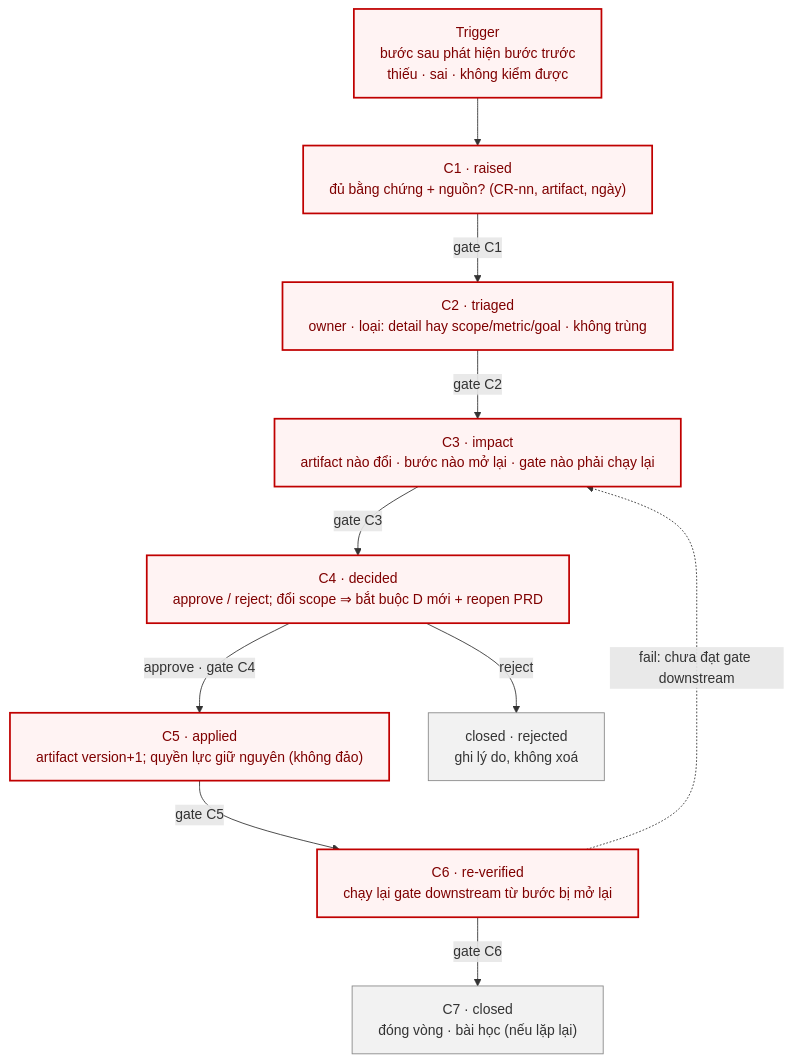
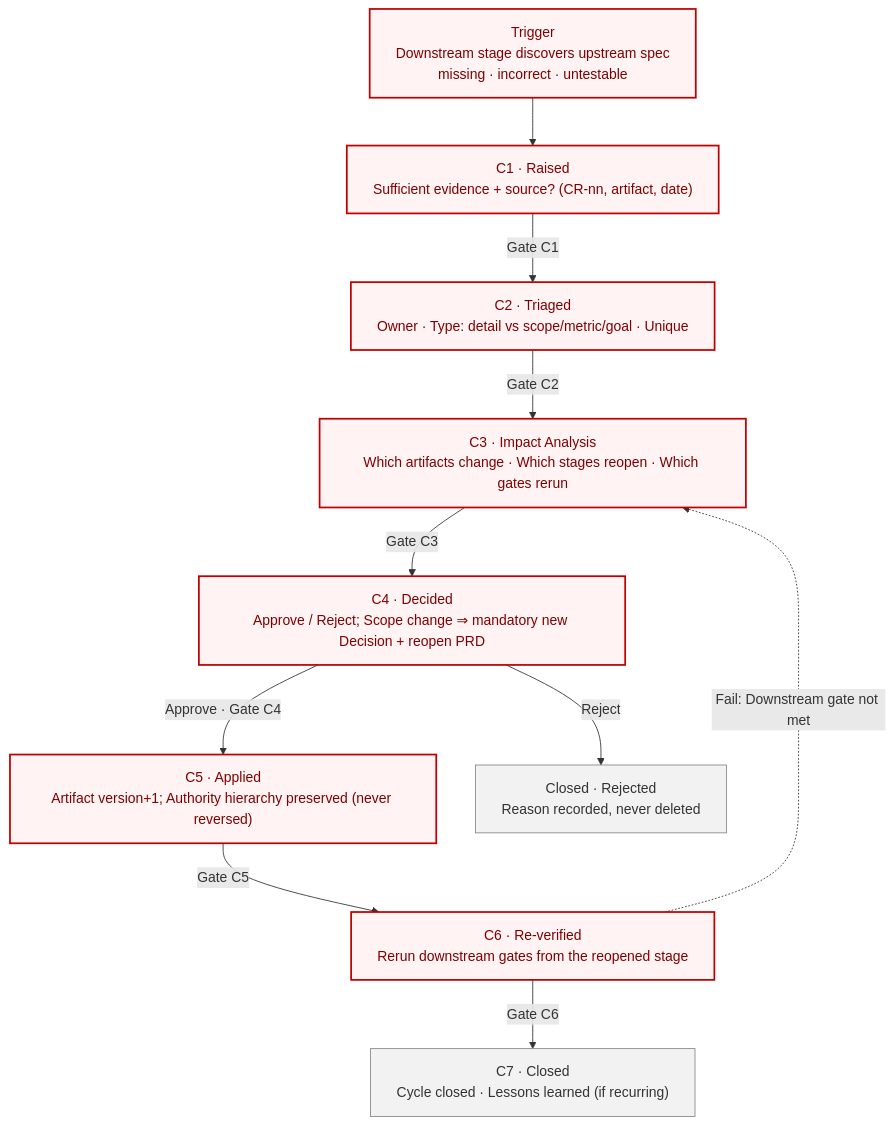
The diagram in sdlc/02.governance/04.diagrams/02.cr-pipeline.md (thangs2/eso-harness), drawn with Mermaid before and after one commit. The commit also changed other lines of this file and 35 other files, not shown here.

````diff
--- a/sdlc/02.governance/04.diagrams/02.cr-pipeline.md
+++ b/sdlc/02.governance/04.diagrams/02.cr-pipeline.md
@@ -16,23 +16,23 @@
 ```mermaid
 %%{init: {"flowchart": {"wrappingWidth": 430, "nodeSpacing": 45, "rankSpacing": 55, "htmlLabels": true}}}%%
 flowchart TD
-    T["Trigger<br/>bước sau phát hiện bước trước<br/>thiếu · sai · không kiểm được"]
-    C1["C1 · raised<br/>đủ bằng chứng + nguồn? (CR-nn, artifact, ngày)"]
-    C2["C2 · triaged<br/>owner · loại: detail hay scope/metric/goal · không trùng"]
-    C3["C3 · impact<br/>artifact nào đổi · bước nào mở lại · gate nào phải chạy lại"]
-    C4["C4 · decided<br/>approve / reject; đổi scope ⇒ bắt buộc D mới + reopen PRD"]
-    C5["C5 · applied<br/>artifact version+1; quyền lực giữ nguyên (không đảo)"]
-    C6["C6 · re-verified<br/>chạy lại gate downstream từ bước bị mở lại"]
-    C7["C7 · closed<br/>đóng vòng · bài học (nếu lặp lại)"]
-    X["closed · rejected<br/>ghi lý do, không xoá"]
+    T["Trigger<br/>Downstream stage discovers upstream spec<br/>missing · incorrect · untestable"]
+    C1["C1 · Raised<br/>Sufficient evidence + source? (CR-nn, artifact, date)"]
+    C2["C2 · Triaged<br/>Owner · Type: detail vs scope/metric/goal · Unique"]
+    C3["C3 · Impact Analysis<br/>Which artifacts change · Which stages reopen · Which gates rerun"]
+    C4["C4 · Decided<br/>Approve / Reject; Scope change ⇒ mandatory new Decision + reopen PRD"]
+    C5["C5 · Applied<br/>Artifact version+1; Authority hierarchy preserved (never reversed)"]
+    C6["C6 · Re-verified<br/>Rerun downstream gates from the reopened stage"]
+    C7["C7 · Closed<br/>Cycle closed · Lessons learned (if recurring)"]
+    X["Closed · Rejected<br/>Reason recorded, never deleted"]
 
-    T --> C1 -->|"gate C1"| C2 -->|"gate C2"| C3 -->|"gate C3"| C4
-    C4 -->|"approve · gate C4"| C5 -->|"gate C5"| C6 -->|"gate C6"| C7
-    C4 -->|"reject"| X
-    C6 -.->|"fail: chưa đạt gate downstream"| C3
+    T --> C1 -->|"Gate C1"| C2 -->|"Gate C2"| C3 -->|"Gate C3"| C4
+    C4 -->|"Approve · Gate C4"| C5 -->|"Gate C5"| C6 -->|"Gate C6"| C7
+    C4 -->|"Reject"| X
+    C6 -.->|"Fail: Downstream gate not met"| C3
 
     classDef cr fill:#FFF3F3,stroke:#C00000,stroke-width:2px,color:#7F0000
     classDef ok fill:#F2F2F2,stroke:#888888,color:#333333
     class T,C1,C2,C3,C4,C5,C6 cr
     class C7,X ok
 ```
````
